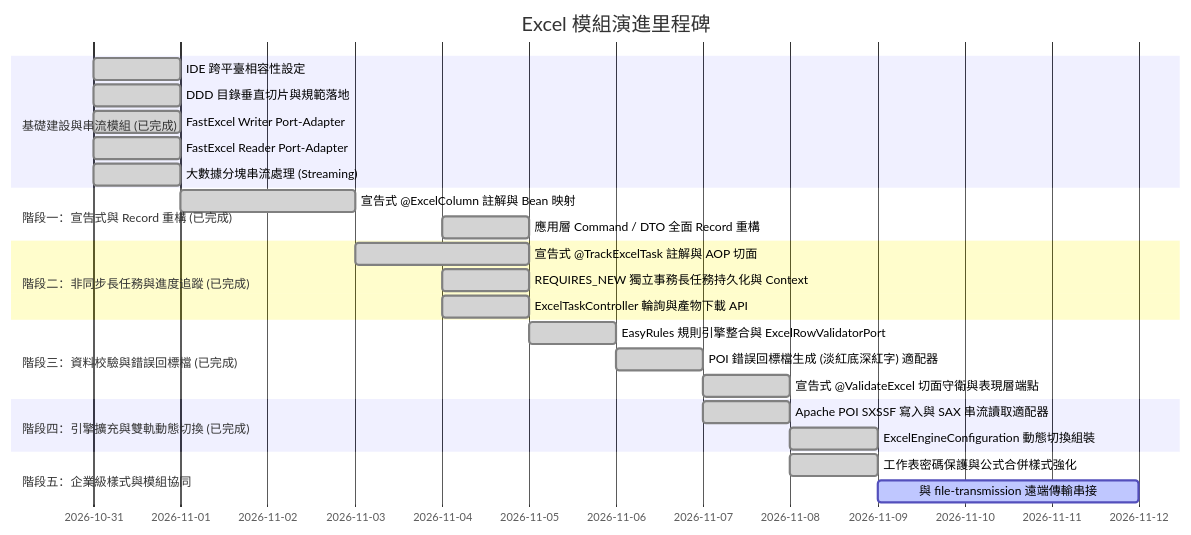
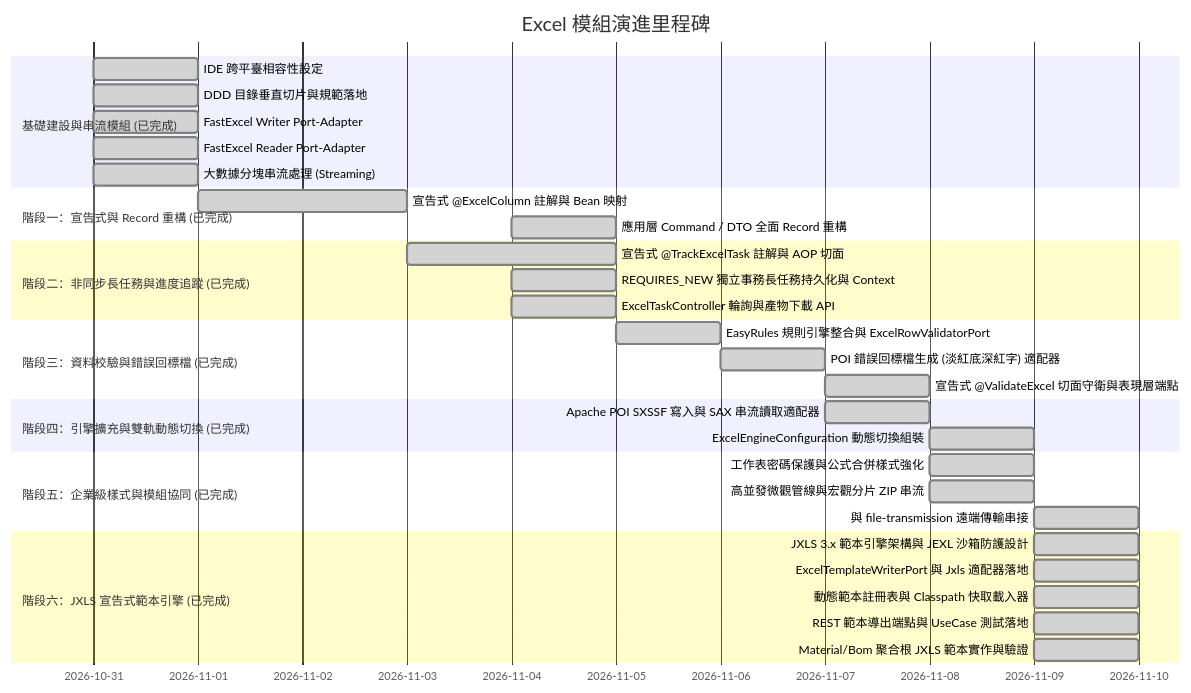
One commit to nick54785478/excel-module changed the second of 2 diagrams in doc/design/architecture-design.md. Above: the diagram before and after it, drawn with Mermaid. The commit also changed other lines of this file and 332 other files, not shown here.

Commit message:
refactor: modularize controller, ports, service and adapter layers into 7 symmetrical modules with JXLS template export and doc updates

````diff
--- a/doc/design/architecture-design.md
+++ b/doc/design/architecture-design.md
@@ -321,33 +357,41 @@
 ```mermaid
 gantt
     title Excel 模組演進里程碑
     dateFormat  YYYY-MM-DD
     section 基礎建設與串流模組 (已完成)
     IDE 跨平臺相容性設定           :done, 2026-10-31, 1d
     DDD 目錄垂直切片與規範落地       :done, 2026-10-31, 1d
     FastExcel Writer Port-Adapter  :done, 2026-10-31, 1d
     FastExcel Reader Port-Adapter  :done, 2026-10-31, 1d
     大數據分塊串流處理 (Streaming)  :done, 2026-10-31, 1d
     
     section 階段一：宣告式與 Record 重構 (已完成)
     宣告式 @ExcelColumn 註解與 Bean 映射 :done, 2026-11-01, 2d
     應用層 Command / DTO 全面 Record 重構 :done, 2026-11-04, 1d
     
     section 階段二：非同步長任務與進度追蹤 (已完成)
     宣告式 @TrackExcelTask 註解與 AOP 切面 :done, 2026-11-03, 2d
     REQUIRES_NEW 獨立事務長任務持久化與 Context :done, 2026-11-04, 1d
     ExcelTaskController 輪詢與產物下載 API :done, 2026-11-04, 1d
     
     section 階段三：資料校驗與錯誤回標檔 (已完成)
     EasyRules 規則引擎整合與 ExcelRowValidatorPort :done, 2026-11-05, 1d
     POI 錯誤回標檔生成 (淡紅底深紅字) 適配器     :done, 2026-11-06, 1d
     宣告式 @ValidateExcel 切面守衛與表現層端點  :done, 2026-11-07, 1d
     
     section 階段四：引擎擴充與雙軌動態切換 (已完成)
     Apache POI SXSSF 寫入與 SAX 串流讀取適配器 :done, 2026-11-07, 1d
     ExcelEngineConfiguration 動態切換組裝     :done, 2026-11-08, 1d
     
-    section 階段五：企業級樣式與模組協同
+    section 階段五：企業級樣式與模組協同 (已完成)
     工作表密碼保護與公式合併樣式強化       :done, 2026-11-08, 1d
-    與 file-transmission 遠端傳輸串接   :active, 2026-11-09, 3d
+    高並發微觀管線與宏觀分片 ZIP 串流      :done, 2026-11-08, 1d
+    與 file-transmission 遠端傳輸串接   :done, 2026-11-09, 1d
+
+    section 階段六：JXLS 宣告式範本引擎 (已完成)
+    JXLS 3.x 範本引擎架構與 JEXL 沙箱防護設計   :done, 2026-11-09, 1d
+    ExcelTemplateWriterPort 與 Jxls 適配器落地 :done, 2026-11-09, 1d
+    動態範本註冊表與 Classpath 快取載入器       :done, 2026-11-09, 1d
+    REST 範本導出端點與 UseCase 測試落地       :done, 2026-11-09, 1d
+    Material/Bom 聚合根 JXLS 範本實作與驗證    :done, 2026-11-09, 1d
 ```
````
